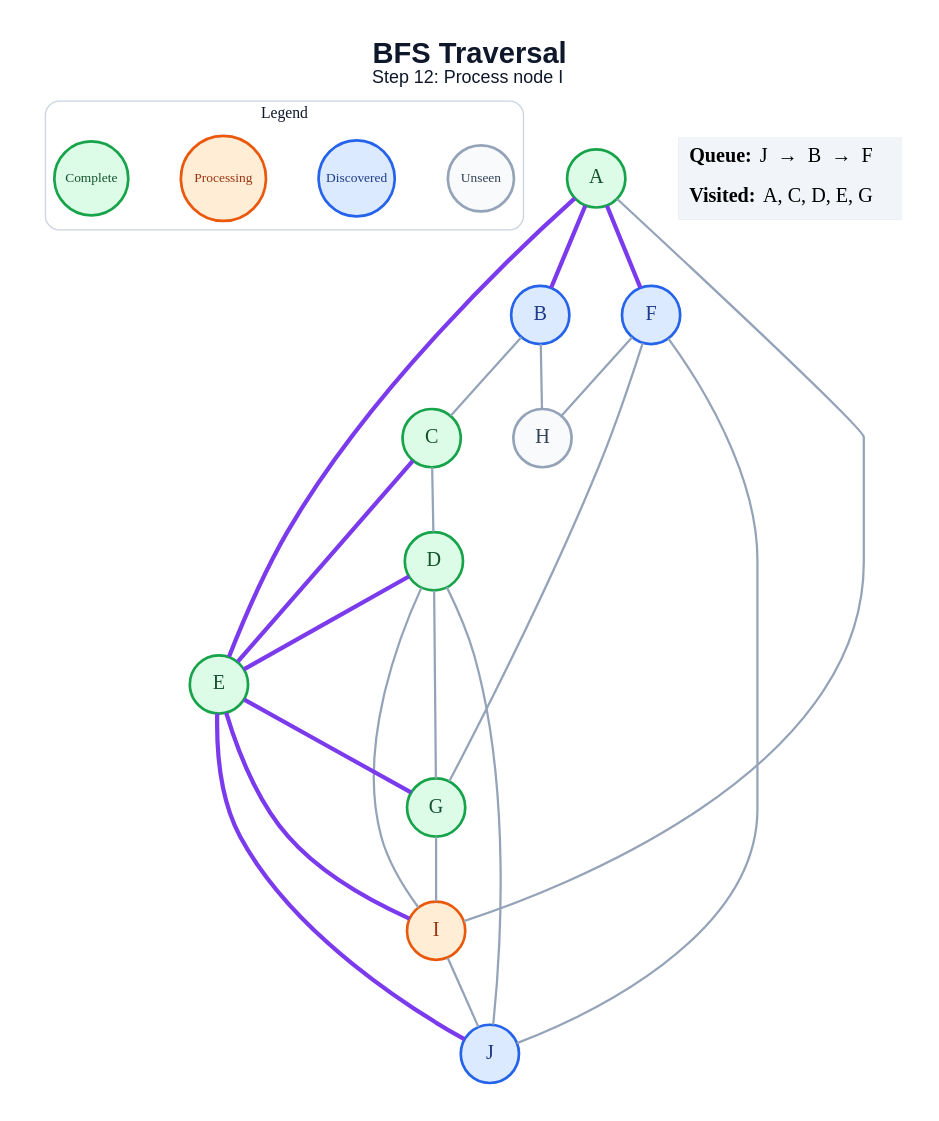
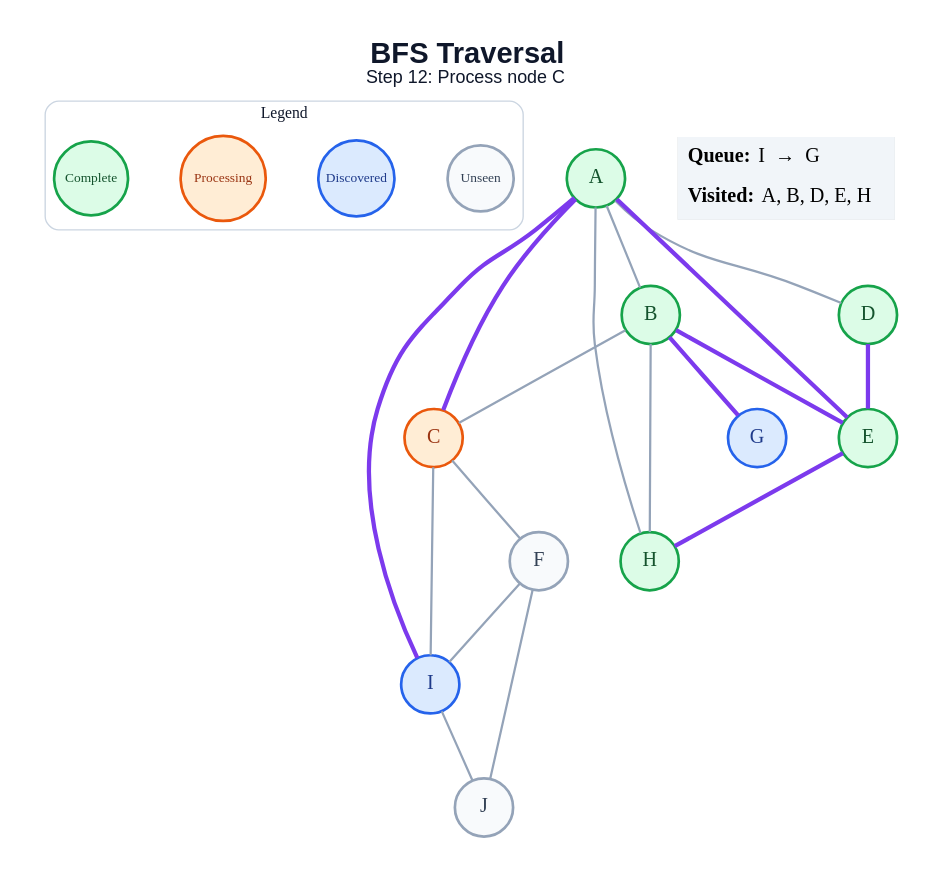
Before and after one commit to amanghodawala9/ai-slop: the diagram in generated/specific-node/bfs/step_12.dot, drawn with Graphviz. The commit also changed 178 other files, not shown here.

```diff
--- a/generated/specific-node/bfs/step_12.dot
+++ b/generated/specific-node/bfs/step_12.dot
@@ -1,49 +1,46 @@
 graph traversal {
   graph [layout=dot, rankdir=TB, bgcolor="#FFFFFF", pad="0.35", nodesep="0.65", ranksep="0.8", fontname="Arial"];
   node [shape=circle, style="filled", fontname="Arial Bold", fontsize=18, width=0.72, fixedsize=true, penwidth=2.4];
   edge [color="#94A3B8", penwidth=2.0];
-  label=<<B>BFS Traversal</B><BR/><FONT POINT-SIZE="16">Step 12: Process node I</FONT>>; labelloc="t"; fontsize=26; fontname="Arial"; fontcolor="#0F172A";
+  label=<<B>BFS Traversal</B><BR/><FONT POINT-SIZE="16">Step 12: Process node C</FONT>>; labelloc="t"; fontsize=26; fontname="Arial"; fontcolor="#0F172A";
   subgraph cluster_legend { label="Legend"; color="#CBD5E1"; penwidth=1.2; style="rounded"; fontsize=14; fontname="Arial Bold";
     key_unseen [label="Unseen", fillcolor="#F8FAFC", color="#94A3B8", fontcolor="#334155", fontsize=12, width=0.82];
     key_frontier [label="Discovered", fillcolor="#DBEAFE", color="#2563EB", fontcolor="#1E3A8A", fontsize=12, width=0.95];
     key_current [label="Processing", fillcolor="#FFEDD5", color="#EA580C", fontcolor="#9A3412", fontsize=12, width=1.05];
     key_done [label="Complete", fillcolor="#DCFCE7", color="#16A34A", fontcolor="#14532D", fontsize=12, width=0.92];
     { rank=same; key_unseen; key_frontier; key_current; key_done; }
   }
   A [fillcolor="#DCFCE7", color="#16A34A", fontcolor="#14532D"];
-  B [fillcolor="#DBEAFE", color="#2563EB", fontcolor="#1E3A8A"];
-  C [fillcolor="#DCFCE7", color="#16A34A", fontcolor="#14532D"];
+  B [fillcolor="#DCFCE7", color="#16A34A", fontcolor="#14532D"];
+  C [fillcolor="#FFEDD5", color="#EA580C", fontcolor="#9A3412"];
   D [fillcolor="#DCFCE7", color="#16A34A", fontcolor="#14532D"];
   E [fillcolor="#DCFCE7", color="#16A34A", fontcolor="#14532D"];
-  F [fillcolor="#DBEAFE", color="#2563EB", fontcolor="#1E3A8A"];
-  G [fillcolor="#DCFCE7", color="#16A34A", fontcolor="#14532D"];
-  H [fillcolor="#F8FAFC", color="#94A3B8", fontcolor="#334155"];
-  I [fillcolor="#FFEDD5", color="#EA580C", fontcolor="#9A3412"];
-  J [fillcolor="#DBEAFE", color="#2563EB", fontcolor="#1E3A8A"];
-  A -- B [color="#7C3AED", penwidth=3.8];
+  F [fillcolor="#F8FAFC", color="#94A3B8", fontcolor="#334155"];
+  G [fillcolor="#DBEAFE", color="#2563EB", fontcolor="#1E3A8A"];
+  H [fillcolor="#DCFCE7", color="#16A34A", fontcolor="#14532D"];
+  I [fillcolor="#DBEAFE", color="#2563EB", fontcolor="#1E3A8A"];
+  J [fillcolor="#F8FAFC", color="#94A3B8", fontcolor="#334155"];
+  A -- B;
+  A -- C [color="#7C3AED", penwidth=3.8];
+  A -- D;
   A -- E [color="#7C3AED", penwidth=3.8];
-  A -- F [color="#7C3AED", penwidth=3.8];
-  A -- I;
+  A -- H;
+  A -- I [color="#7C3AED", penwidth=3.8];
   B -- C;
+  B -- E [color="#7C3AED", penwidth=3.8];
+  B -- G [color="#7C3AED", penwidth=3.8];
   B -- H;
-  C -- D;
-  C -- E [color="#7C3AED", penwidth=3.8];
+  C -- F;
+  C -- I;
   D -- E [color="#7C3AED", penwidth=3.8];
-  D -- G;
-  D -- I;
-  D -- J;
-  E -- G [color="#7C3AED", penwidth=3.8];
-  E -- I [color="#7C3AED", penwidth=3.8];
-  E -- J [color="#7C3AED", penwidth=3.8];
-  F -- G;
-  F -- H;
+  E -- H [color="#7C3AED", penwidth=3.8];
+  F -- I;
   F -- J;
-  G -- I;
   I -- J;
   status [shape=plain, fixedsize=false, width=0, height=0, margin=0, label=<
     <TABLE BORDER="0" CELLBORDER="0" CELLPADDING="7" BGCOLOR="#F1F5F9">
-      <TR><TD ALIGN="LEFT"><B>Queue:</B> J  →  B  →  F</TD></TR>
-      <TR><TD ALIGN="LEFT"><B>Visited:</B> A, C, D, E, G</TD></TR>
+      <TR><TD ALIGN="LEFT"><B>Queue:</B> I  →  G</TD></TR>
+      <TR><TD ALIGN="LEFT"><B>Visited:</B> A, B, D, E, H</TD></TR>
     </TABLE>
   >];
 }
```
